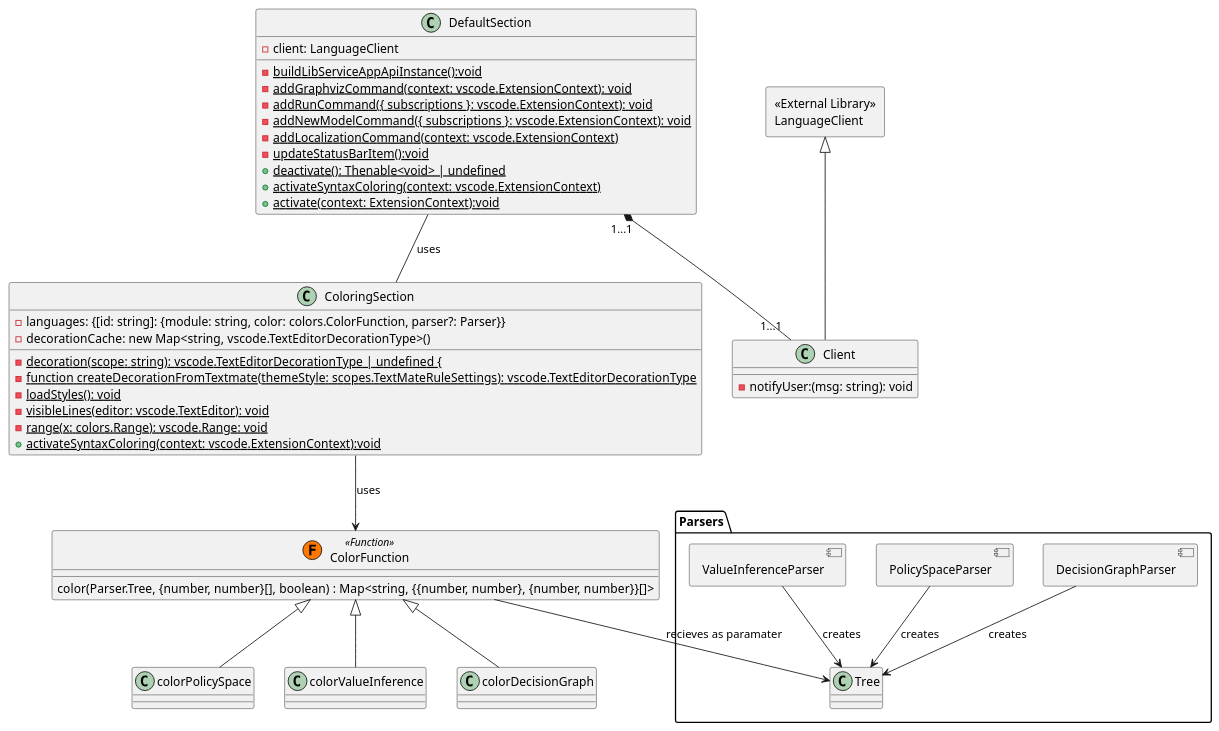
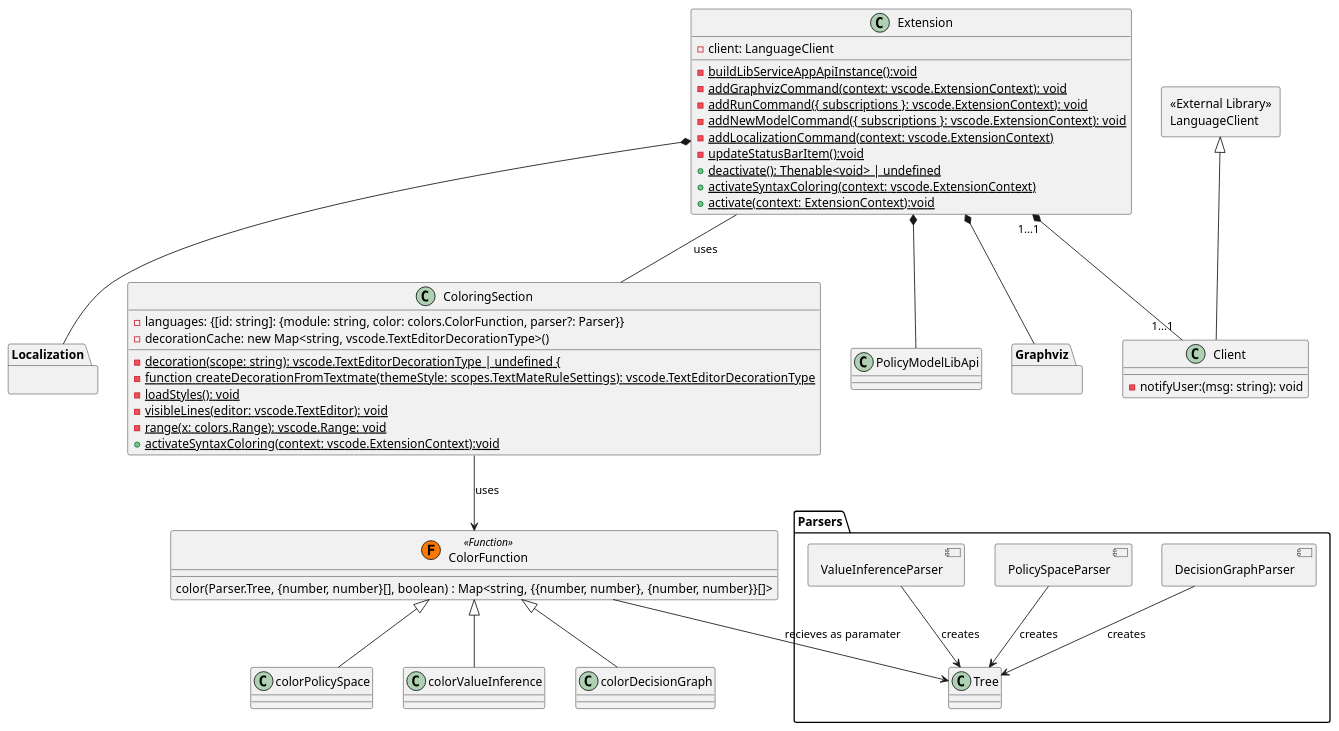
The diagram in diagrams/client/ExtensionClassDiagram.puml (wolfj123/PolicyModelsPlugin), drawn with PlantUML before and after one commit.

```diff
--- a/diagrams/client/ExtensionClassDiagram.puml
+++ b/diagrams/client/ExtensionClassDiagram.puml
@@ -1,81 +1,92 @@
 @startuml
 
 
-class DefaultSection {
+class Extension {
     - client: LanguageClient
 
     - {static} buildLibServiceAppApiInstance():void
     - {static} addGraphvizCommand(context: vscode.ExtensionContext): void
     - {static} addRunCommand({ subscriptions }: vscode.ExtensionContext): void
     - {static} addNewModelCommand({ subscriptions }: vscode.ExtensionContext): void
     - {static} addLocalizationCommand(context: vscode.ExtensionContext)
     - {static} updateStatusBarItem():void
     + {static} deactivate(): Thenable<void> | undefined
     + {static} activateSyntaxColoring(context: vscode.ExtensionContext)
     + {static} activate(context: ExtensionContext):void
 }
 
 rectangle extConnection [
     <<External Library>>
     LanguageClient
 ]
 
 
 class Client extends extConnection{
     - notifyUser:(msg: string): void
 }
 
 
 class ColoringSection {
     - languages: {[id: string]: {module: string, color: colors.ColorFunction, parser?: Parser}}
     {field}- decorationCache: new Map<string, vscode.TextEditorDecorationType>()
 
     -{static} decoration(scope: string): vscode.TextEditorDecorationType | undefined {
     -{static} function createDecorationFromTextmate(themeStyle: scopes.TextMateRuleSettings): vscode.TextEditorDecorationType
     -{static} loadStyles(): void
     -{static} visibleLines(editor: vscode.TextEditor): void
     -{static}  range(x: colors.Range): vscode.Range: void
     +{static} activateSyntaxColoring(context: vscode.ExtensionContext):void 
 }
 
 
 
 
-DefaultSection "1...1" *-- "1...1" Client
-DefaultSection -- ColoringSection : uses
+Extension "1...1" *-- "1...1" Client
+Extension -- ColoringSection : uses
+Extension *-- Graphviz
+Extension *-- Localization
+Extension *-- PolicyModelLibApi 
 
 
+package Graphviz {
+}
+
+package Localization {
+}
+
+class PolicyModelLibApi {
+}
 
 ' Color description
 allowmixing
 
 package Parsers {
     component DecisionGraphParser
     component PolicySpaceParser
     component ValueInferenceParser
     class Tree
 
 	DecisionGraphParser --> Tree : "creates"
 	PolicySpaceParser --> Tree : "creates"
 	ValueInferenceParser --> Tree : "creates"
 }
 
 class ColorFunction << (F,#FF7700) Function>>{
 	color(Parser.Tree, {number, number}[], boolean) : Map<string, {{number, number}, {number, number}}[]>
 }
 
 
 class colorDecisionGraph extends ColorFunction {	
 }
 
 class colorPolicySpace extends ColorFunction {	
 }
 
 class colorValueInference extends ColorFunction {	
 }
 
 ColorFunction --> Tree : recieves as paramater
 ColoringSection --> ColorFunction : uses
 
 
 @enduml
```
